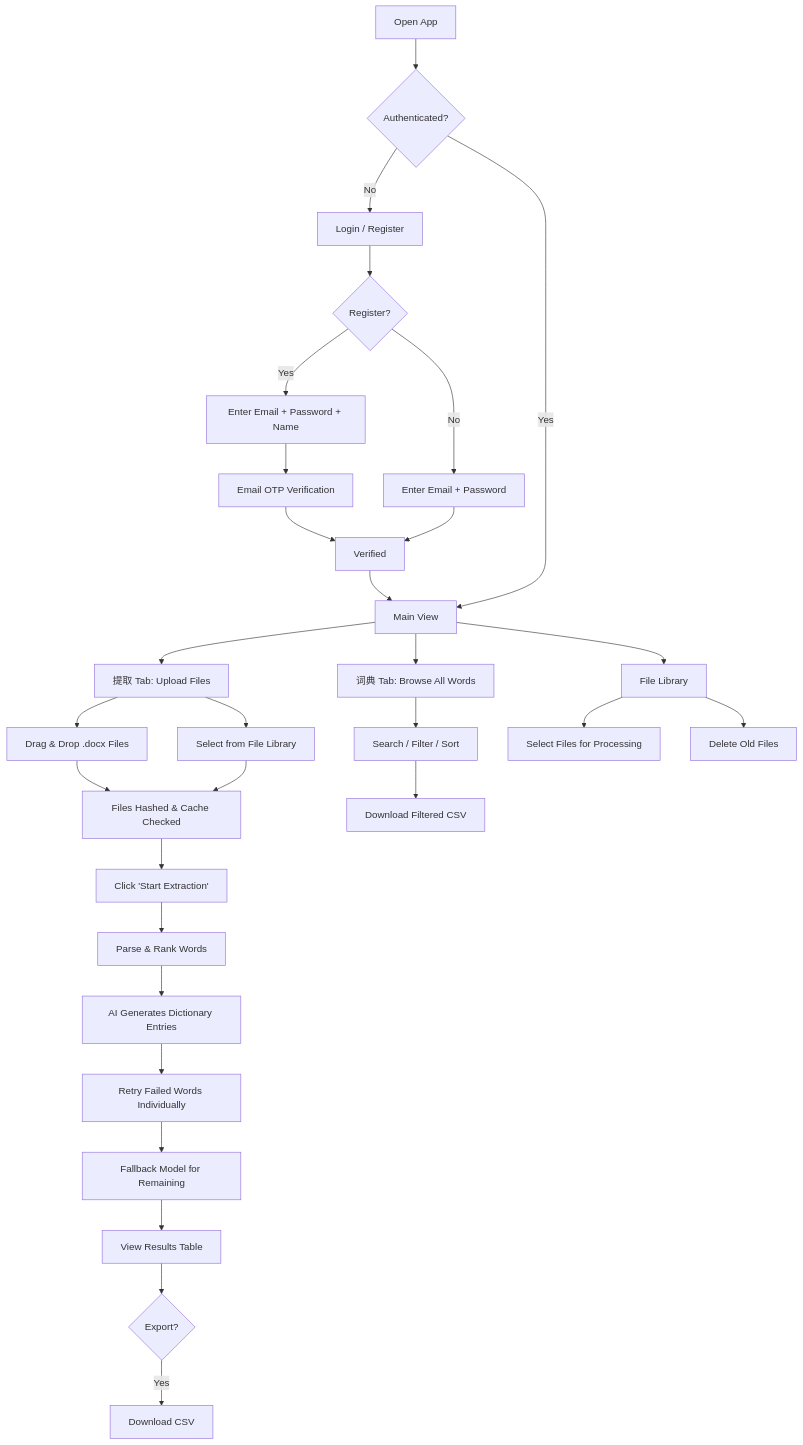
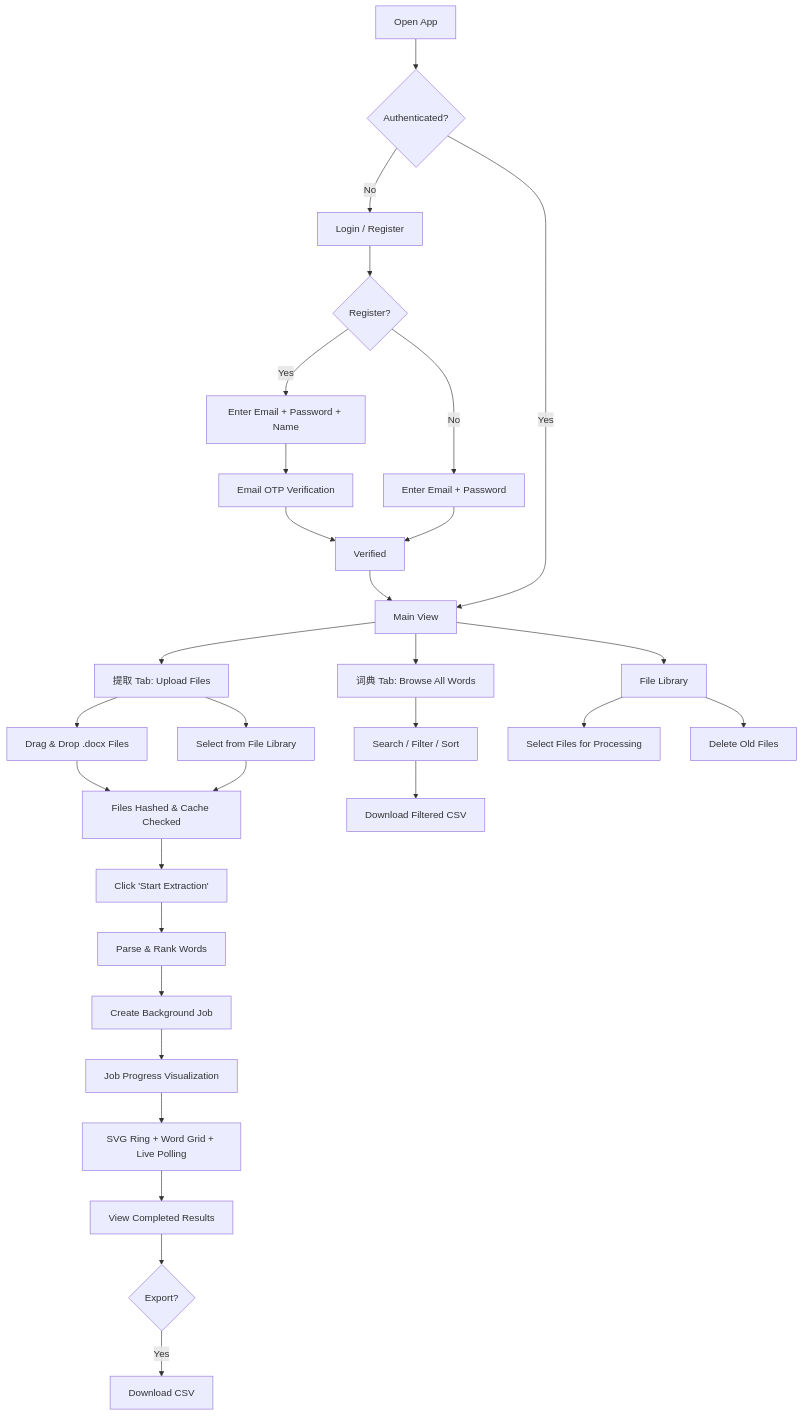
Before and after one commit to NaichuanZhang/wordwise: the first of 3 diagrams in README.md, drawn with Mermaid. The commit also changed other lines of this file and 4 other files, not shown here.

First line of the commit message:
chore: remove dead code and sync docs with current architecture

````diff
--- a/README.md
+++ b/README.md
@@ -42,35 +45,35 @@
 ```mermaid
 flowchart TD
     A[Open App] --> B{Authenticated?}
     B -- No --> C[Login / Register]
     C --> D{Register?}
     D -- Yes --> E[Enter Email + Password + Name]
     E --> F[Email OTP Verification]
     F --> G[Verified]
     D -- No --> H[Enter Email + Password]
     H --> G
     G --> I[Main View]
     B -- Yes --> I
 
     I --> J[提取 Tab: Upload Files]
     J --> K1[Drag & Drop .docx Files]
     J --> K2[Select from File Library]
     K1 --> L[Files Hashed & Cache Checked]
     K2 --> L
     L --> M[Click 'Start Extraction']
     M --> N[Parse & Rank Words]
-    N --> O[AI Generates Dictionary Entries]
-    O --> O2[Retry Failed Words Individually]
-    O2 --> O3[Fallback Model for Remaining]
-    O3 --> P[View Results Table]
-    P --> Q{Export?}
-    Q -- Yes --> R[Download CSV]
+    N --> O[Create Background Job]
+    O --> P[Job Progress Visualization]
+    P --> P2[SVG Ring + Word Grid + Live Polling]
+    P2 --> Q[View Completed Results]
+    Q --> R{Export?}
+    R -- Yes --> R2[Download CSV]
 
     I --> S[词典 Tab: Browse All Words]
     S --> T[Search / Filter / Sort]
     T --> U[Download Filtered CSV]
 
     I --> V[File Library]
     V --> W[Select Files for Processing]
     V --> X[Delete Old Files]
 ```
````
